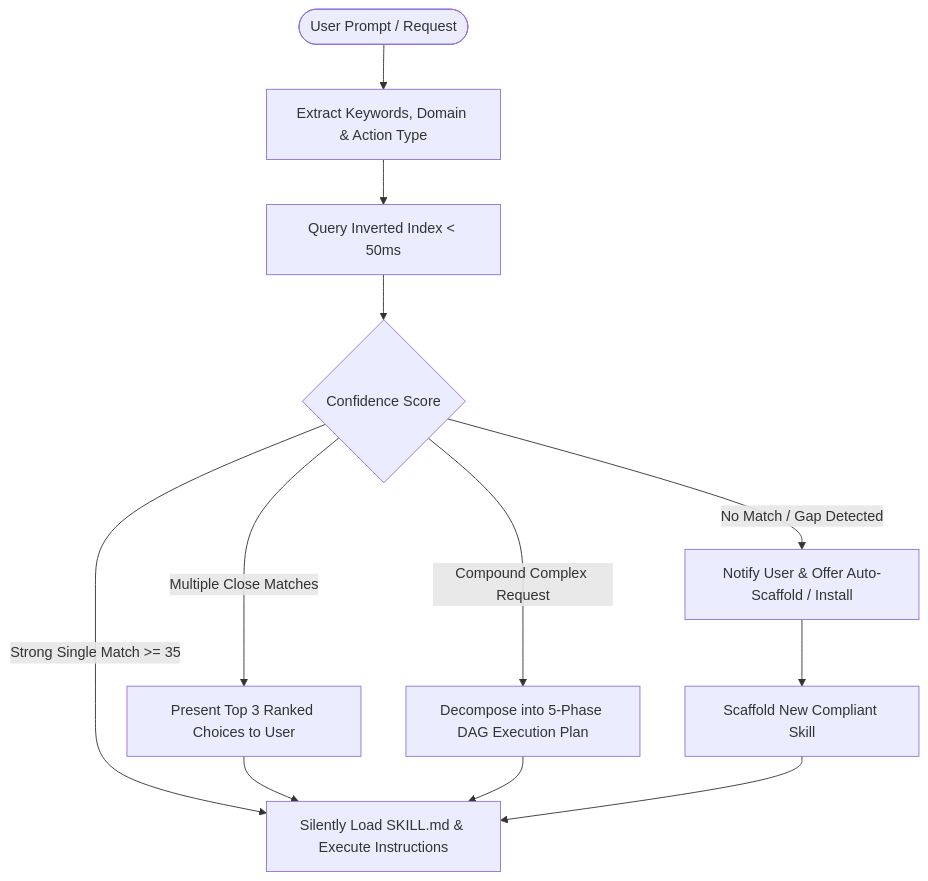
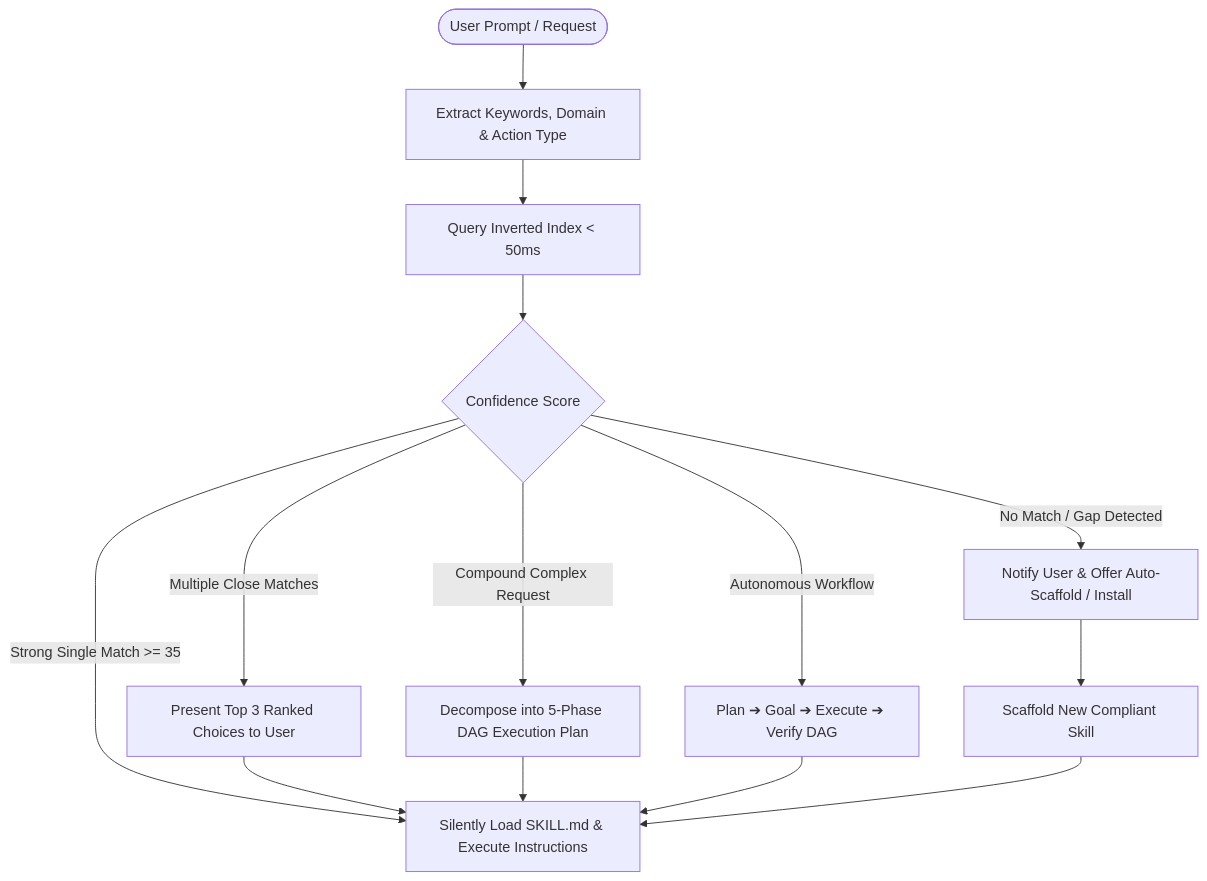
The diagram in README.md (ATP0925/antigravity-skill-router), drawn with Mermaid before and after one commit. The commit also changed other lines of this file and 5 other files, not shown here.

````diff
--- a/README.md
+++ b/README.md
@@ -31,17 +33,19 @@
 ```mermaid
 graph TD
     User([User Prompt / Request]) --> Extract[Extract Keywords, Domain & Action Type]
     Extract --> Search[Query Inverted Index < 50ms]
     
     Search --> Decision{Confidence Score}
     
     Decision -->|Strong Single Match >= 35| AutoAct[Silently Load SKILL.md & Execute Instructions]
     Decision -->|Multiple Close Matches| Interactive[Present Top 3 Ranked Choices to User]
     Decision -->|Compound Complex Request| Pipeline[Decompose into 5-Phase DAG Execution Plan]
+    Decision -->|Autonomous Workflow| MetaDAG[Plan ➔ Goal ➔ Execute ➔ Verify DAG]
     Decision -->|No Match / Gap Detected| Gap[Notify User & Offer Auto-Scaffold / Install]
     
     Interactive --> AutoAct
     Pipeline --> AutoAct
+    MetaDAG --> AutoAct
     Gap --> Scaffold[Scaffold New Compliant Skill]
     Scaffold --> AutoAct
 ```
````
